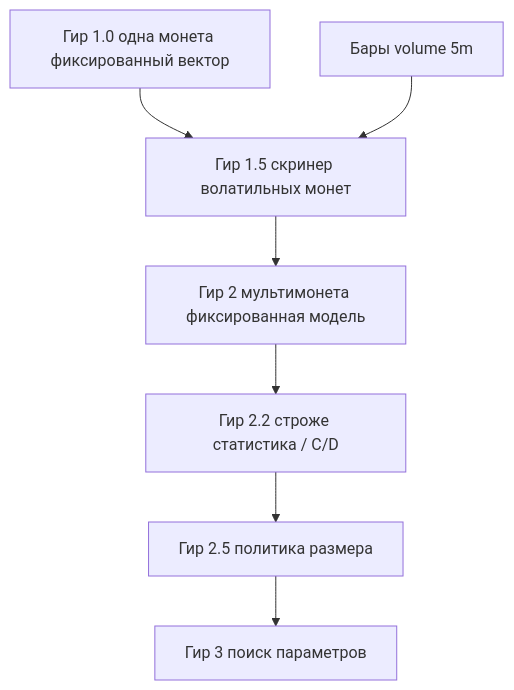
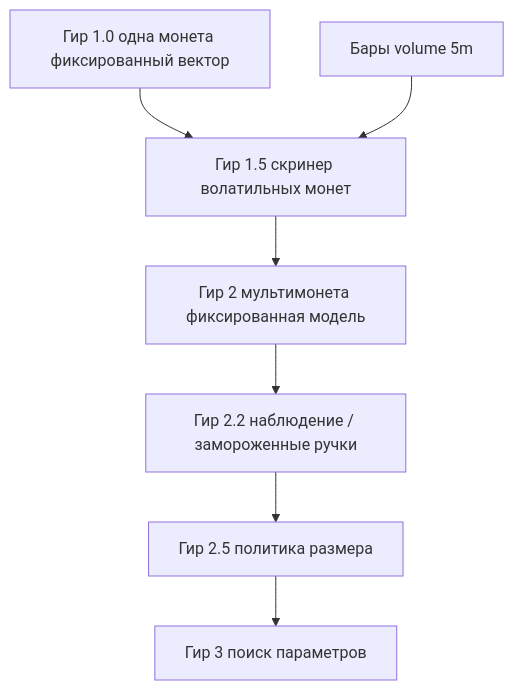
Before and after one commit to anabol21/arb_bots: the diagram in docs/strategy-gears.md, drawn with Mermaid. The commit also changed other lines of this file and 23 other files, not shown here.

````diff
--- a/docs/strategy-gears.md
+++ b/docs/strategy-gears.md
@@ -53,11 +53,11 @@
 ```mermaid
 flowchart TB
   g1["Гир 1.0 одна монета фиксированный вектор"]
   g15["Гир 1.5 скринер волатильных монет"]
   g2["Гир 2 мультимонета фиксированная модель"]
-  g22["Гир 2.2 строже статистика / C/D"]
+  g22["Гир 2.2 наблюдение / замороженные ручки"]
   g25["Гир 2.5 политика размера"]
   g3["Гир 3 поиск параметров"]
   g1 --> g15 --> g2 --> g22 --> g25 --> g3
   bars["Бары volume 5m"] --> g15
 ```
````
